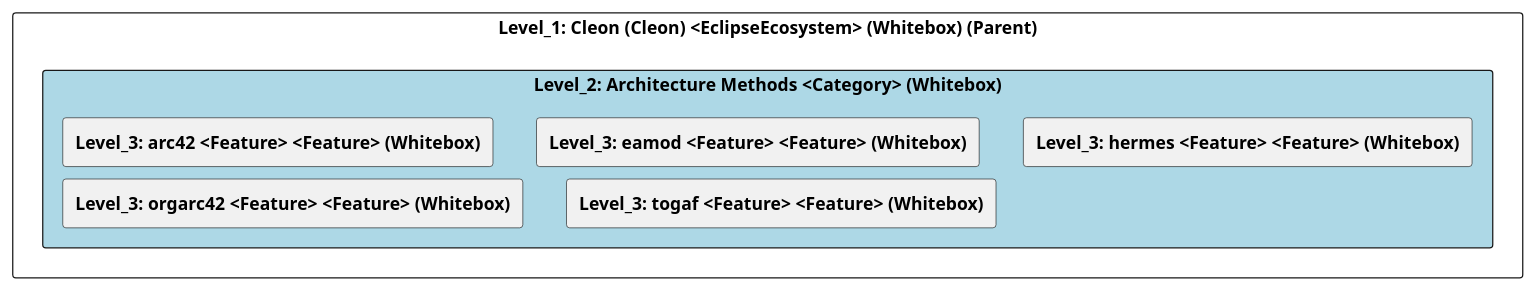
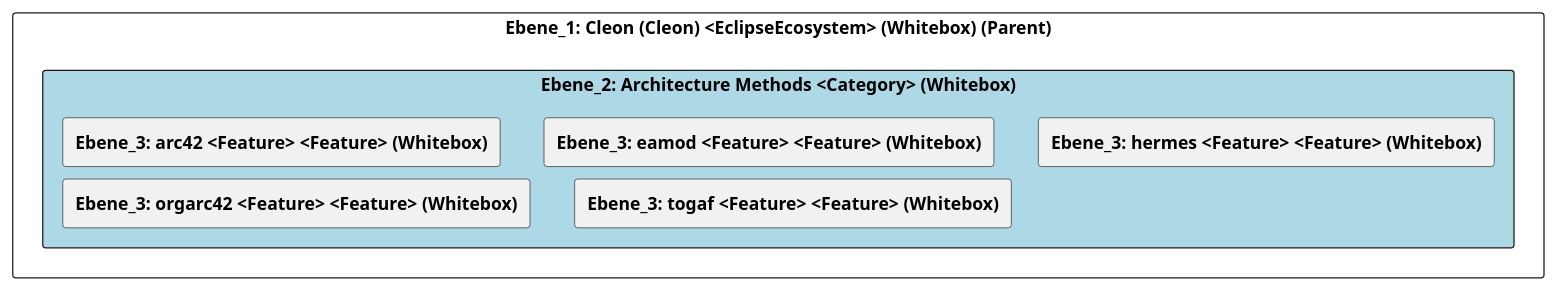
The diagram in doc/cleonproject_deliverables_architecture_model_architecture/adoc/de/05_bausteinsicht/cleon/architecture_methods/ebene_2_architecture methods.adoc (marcozwyssig/cleon), drawn with PlantUML before and after one commit. The commit also changed other lines of this file and 258 other files, not shown here.

```diff
--- a/doc/cleonproject_deliverables_architecture_model_architecture/adoc/de/05_bausteinsicht/cleon/architecture_methods/ebene_2_architecture methods.adoc
+++ b/doc/cleonproject_deliverables_architecture_model_architecture/adoc/de/05_bausteinsicht/cleon/architecture_methods/ebene_2_architecture methods.adoc
@@ -24,28 +24,28 @@
-[plantuml, Level_2: Architecture Methods <Category> (Whitebox)BlockOverview, format="svg"]
+[plantuml, Ebene_2: Architecture Methods <Category> (Whitebox)BlockOverview, format="svg"]
 ----
-@startuml Level_2: Architecture Methods <Category> (Whitebox)BuildingBlockOverview
+@startuml Ebene_2: Architecture Methods <Category> (Whitebox)BuildingBlockOverview
 
 skinparam ranksep 10
 skinparam componentStyle rectangle
 skinparam shadowing false
 skinparam arrowColor lightblue
 skinparam arrowThickness 1.2
 skinparam rectangle {
   BackgroundColor White
   BorderColor #333
   RoundCorner 10
 }
 top to bottom direction
 
-component "Level_1: Cleon (Cleon) <EclipseEcosystem> (Whitebox) (Parent)" {
-    component "Level_2: Architecture Methods <Category> (Whitebox)" #lightblue {
-        [**Level_3: arc42 <Feature> <Feature> (Whitebox)**] as 4905A654_D579_11EE_903E_9F564E4DE07E
-        [**Level_3: eamod <Feature> <Feature> (Whitebox)**] as 49057F36_D579_11EE_903E_9F564E4DE07E
-        [**Level_3: hermes <Feature> <Feature> (Whitebox)**] as 5F655CDC_DCBE_11EF_87B5_5327CB6D0EC7
-        [**Level_3: orgarc42 <Feature> <Feature> (Whitebox)**] as 49057F33_D579_11EE_903E_9F564E4DE07E
-        [**Level_3: togaf <Feature> <Feature> (Whitebox)**] as 4905581C_D579_11EE_903E_9F564E4DE07E
+component "Ebene_1: Cleon (Cleon) <EclipseEcosystem> (Whitebox) (Parent)" {
+    component "Ebene_2: Architecture Methods <Category> (Whitebox)" #lightblue {
+        [**Ebene_3: arc42 <Feature> <Feature> (Whitebox)**] as 4905A654_D579_11EE_903E_9F564E4DE07E
+        [**Ebene_3: eamod <Feature> <Feature> (Whitebox)**] as 49057F36_D579_11EE_903E_9F564E4DE07E
+        [**Ebene_3: hermes <Feature> <Feature> (Whitebox)**] as 5F655CDC_DCBE_11EF_87B5_5327CB6D0EC7
+        [**Ebene_3: orgarc42 <Feature> <Feature> (Whitebox)**] as 49057F33_D579_11EE_903E_9F564E4DE07E
+        [**Ebene_3: togaf <Feature> <Feature> (Whitebox)**] as 4905581C_D579_11EE_903E_9F564E4DE07E
     }
 }
 
 @enduml
 ----
```
